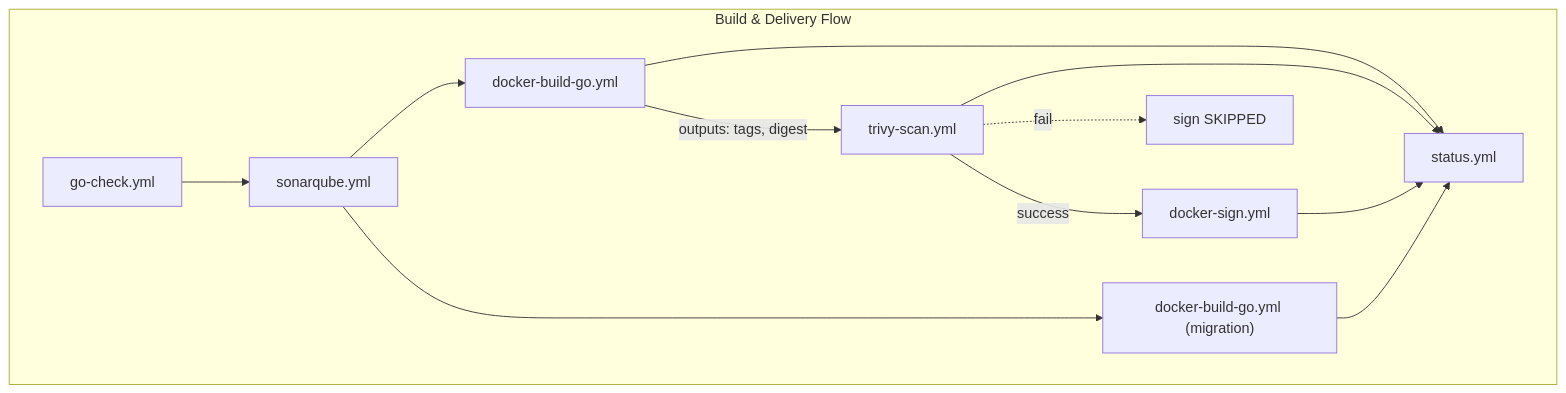
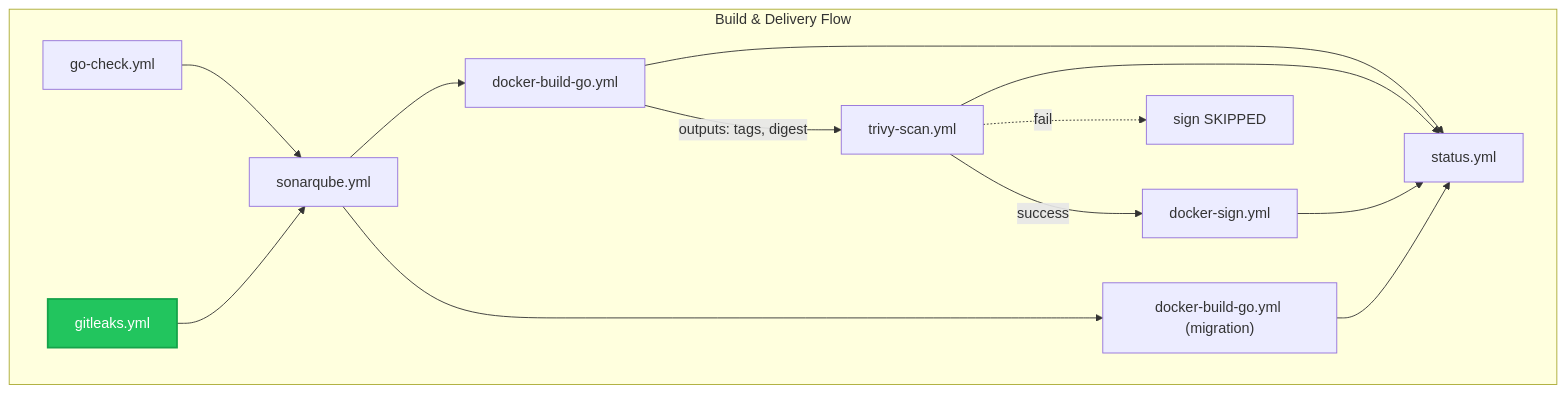
One commit to duynhlab/homelab changed the fifth of 10 diagrams in docs/platform/cicd.md. Above: the diagram before and after it, drawn with Mermaid. The commit also changed other lines of this file and 2 other files, not shown here.

First line of the commit message:
ci: integrate gitleaks secret scanning and automate rulesets

````diff
--- a/docs/platform/cicd.md
+++ b/docs/platform/cicd.md
@@ -112,27 +159,31 @@
 ```mermaid
 flowchart TD
     subgraph build_flow ["Build & Delivery Flow"]
         GOCHECK2["go-check.yml"]
+        GITLEAKS2["gitleaks.yml"]
         SONAR2["sonarqube.yml"]
 
         BUILD["docker-build-go.yml"]
         SCAN["trivy-scan.yml"]
         SIGN["docker-sign.yml"]
 
         DBINIT["docker-build-go.yml (migration)"]
 
         NOTIFY2["status.yml"]
 
         GOCHECK2 --> SONAR2
+        GITLEAKS2 --> SONAR2
         SONAR2 --> BUILD
         SONAR2 --> DBINIT
         BUILD -->|"outputs: tags, digest"| SCAN
         SCAN -->|"success"| SIGN
         SCAN -.->|"fail"| SIGN_SKIP["sign SKIPPED"]
 
         BUILD --> NOTIFY2
         SCAN --> NOTIFY2
         SIGN --> NOTIFY2
         DBINIT --> NOTIFY2
     end
+    
+    style GITLEAKS2 fill:#22c55e,color:#fff,stroke:#16a34a,stroke-width:2px
 ```
````
